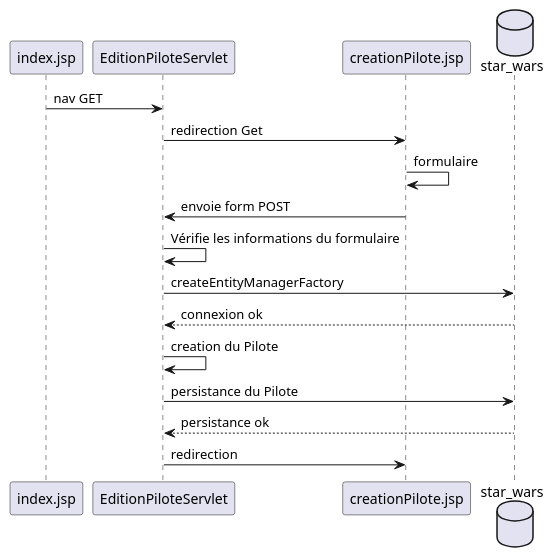
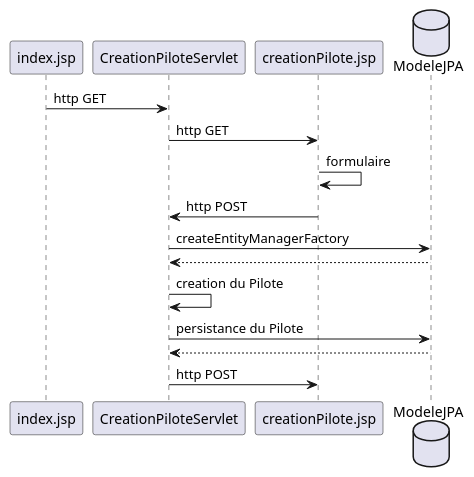
One commit to roquesfr/Star-Wars changed the diagram in Diagrammes/PlantUml/creationPilote.plantuml. Above: the diagram before and after it, drawn with PlantUML. The commit also changed 1 other file, not shown here.

Commit message:
creation pilote digramme séquence

```diff
--- a/Diagrammes/PlantUml/creationPilote.plantuml
+++ b/Diagrammes/PlantUml/creationPilote.plantuml
@@ -1,18 +1,17 @@
 @startuml creationPilote
 participant index.jsp as accueil
-participant EditionPiloteServlet as serlvet
+participant CreationPiloteServlet as serlvet
 participant creationPilote.jsp as creation
-database star_wars as bdd
+database ModeleJPA as bdd
 
-accueil -> serlvet: nav GET
-serlvet -> creation : redirection Get
+accueil -> serlvet: http GET
+serlvet -> creation : http GET
 creation -> creation : formulaire
-creation -> serlvet : envoie form POST
-serlvet -> serlvet : Vérifie les informations du formulaire
+creation -> serlvet : http POST
 serlvet -> bdd : createEntityManagerFactory
-bdd --> serlvet : connexion ok
+bdd --> serlvet :
 serlvet -> serlvet : creation du Pilote
 serlvet -> bdd : persistance du Pilote
-bdd --> serlvet: persistance ok
-serlvet -> creation : redirection
+bdd --> serlvet: 
+serlvet -> creation : http POST
 @enduml
```
